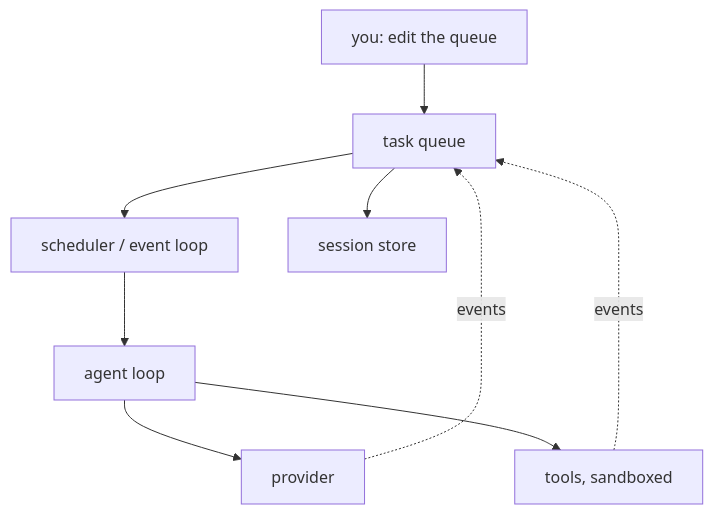
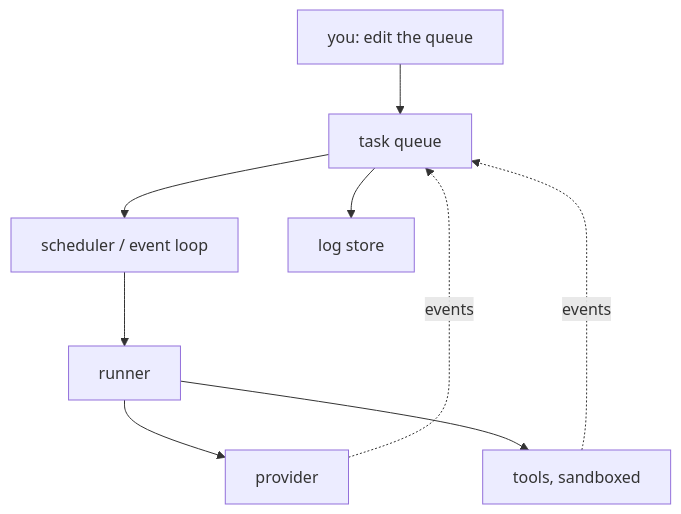
Before and after one commit to OverbearingPearl/pearl: the second of 2 diagrams in README.md, drawn with Mermaid. The commit also changed other lines of this file and 3 other files, not shown here.

First line of the commit message:
Say log and runner on the four pages

````diff
--- a/README.md
+++ b/README.md
@@ -157,11 +157,11 @@
 ```mermaid
 flowchart TD
     human[you: edit the queue] --> queue[task queue]
     queue --> scheduler[scheduler / event loop]
-    scheduler --> agent[agent loop]
-    agent --> provider[provider]
-    agent --> tools[tools, sandboxed]
+    scheduler --> runner[runner]
+    runner --> provider[provider]
+    runner --> tools[tools, sandboxed]
     provider -. events .-> queue
     tools -. events .-> queue
-    queue --> store[session store]
+    queue --> store[log store]
 ```
````
